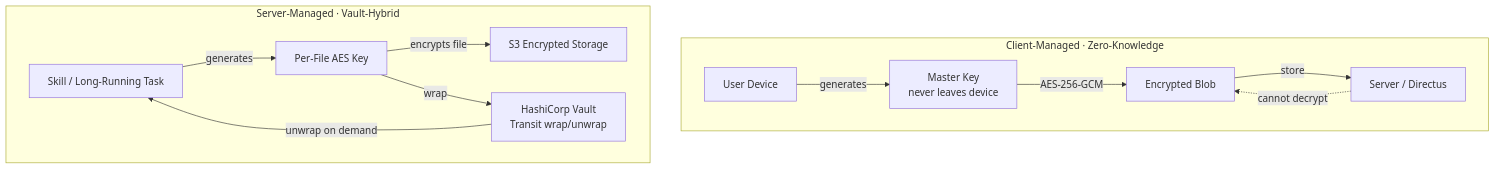
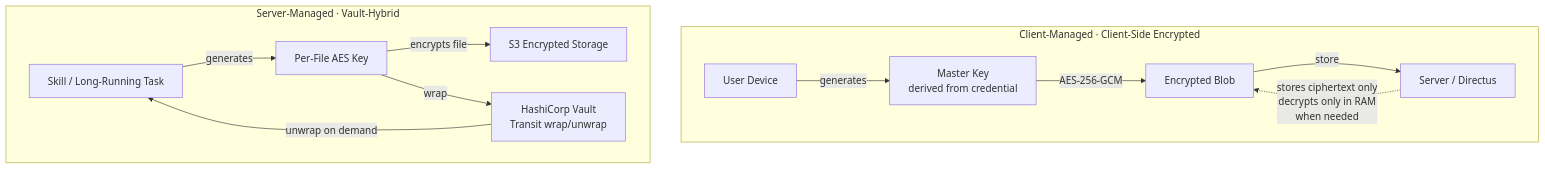
The first of 2 diagrams in docs/architecture/core/security.md (glowingkitty/OpenMates), drawn with Mermaid before and after one commit. The commit also changed other lines of this file and 19 other files, not shown here.

````diff
--- a/docs/architecture/core/security.md
+++ b/docs/architecture/core/security.md
@@ -26,24 +26,24 @@
 ```mermaid
 graph TB
-    subgraph "Client-Managed · Zero-Knowledge"
+    subgraph "Client-Managed · Client-Side Encrypted"
         U[User Device]
-        MK[Master Key<br/>never leaves device]
+        MK[Master Key<br/>derived from credential]
         EB[Encrypted Blob]
         SRV1[Server / Directus]
         U -->|generates| MK
         MK -->|AES-256-GCM| EB
         EB -->|store| SRV1
-        SRV1 -.->|cannot decrypt| EB
+        SRV1 -.->|stores ciphertext only<br/>decrypts only in RAM<br/>when needed| EB
     end
 
     subgraph "Server-Managed · Vault-Hybrid"
         SK[Skill / Long-Running Task]
         AES[Per-File AES Key]
         VLT[HashiCorp Vault<br/>Transit wrap/unwrap]
         S3[S3 Encrypted Storage]
         SK -->|generates| AES
         AES -->|encrypts file| S3
         AES -->|wrap| VLT
         VLT -->|unwrap on demand| SK
     end
 ```
````
